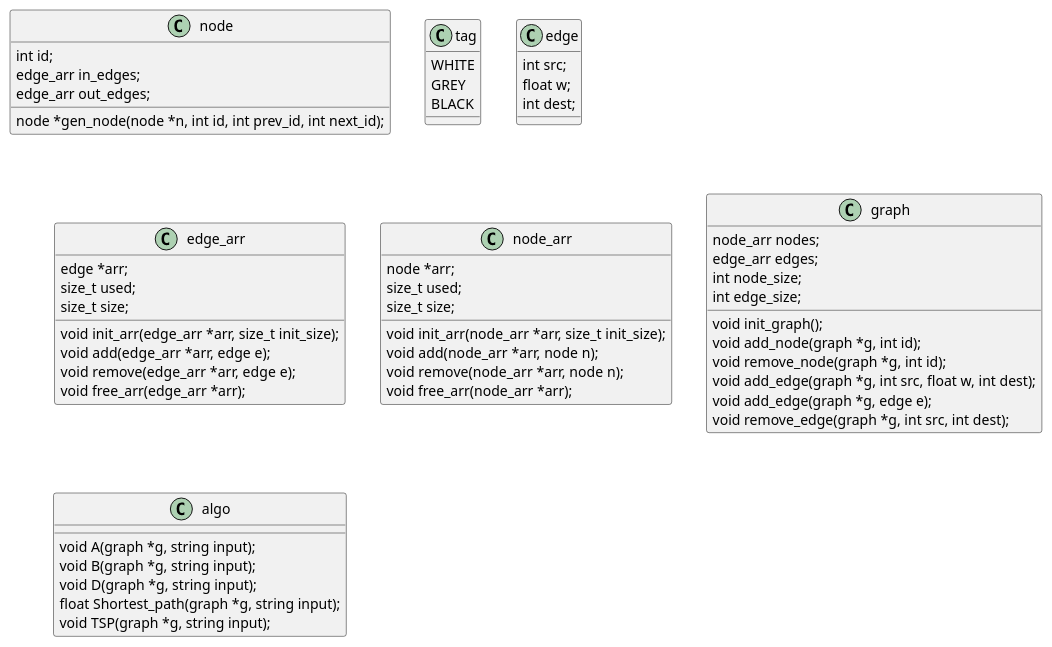
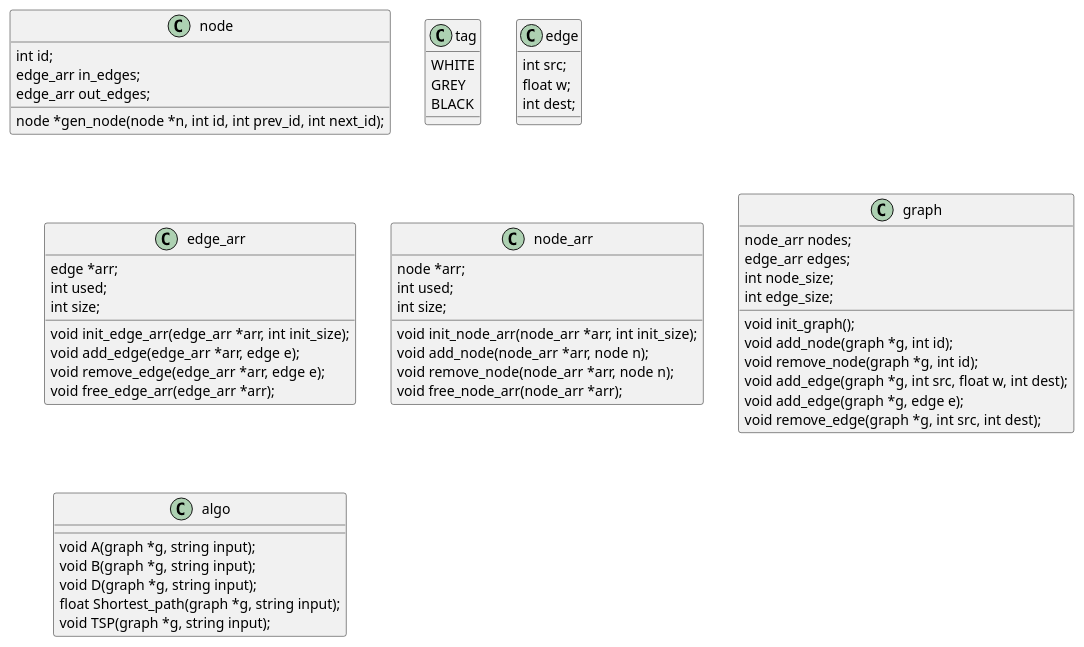
Before and after one commit to RF555/SofSys_Ex4: the diagram in Ex4_UML.puml, drawn with PlantUML. The commit also changed 4 other files, not shown here.

```diff
--- a/Ex4_UML.puml
+++ b/Ex4_UML.puml
@@ -1,63 +1,63 @@
 @startuml
 
 class node{
 int id;
 edge_arr in_edges;
 edge_arr out_edges;
 node *gen_node(node *n, int id, int prev_id, int next_id);
 }
 
 class tag{
 WHITE
 GREY
 BLACK
 }
 
 class edge{
 int src;
 float w;
 int dest;
 }
 
 class edge_arr{
 edge *arr;
-size_t used;
-size_t size;
-void init_arr(edge_arr *arr, size_t init_size);
-void add(edge_arr *arr, edge e);
-void remove(edge_arr *arr, edge e);
-void free_arr(edge_arr *arr);
+int used;
+int size;
+void init_edge_arr(edge_arr *arr, int init_size);
+void add_edge(edge_arr *arr, edge e);
+void remove_edge(edge_arr *arr, edge e);
+void free_edge_arr(edge_arr *arr);
 }
 
 class node_arr{
 node *arr;
-size_t used;
-size_t size;
-void init_arr(node_arr *arr, size_t init_size);
-void add(node_arr *arr, node n);
-void remove(node_arr *arr, node n);
-void free_arr(node_arr *arr);
+int used;
+int size;
+void init_node_arr(node_arr *arr, int init_size);
+void add_node(node_arr *arr, node n);
+void remove_node(node_arr *arr, node n);
+void free_node_arr(node_arr *arr);
 }
 
 class graph{
 node_arr nodes;
 edge_arr edges;
 int node_size;
 int edge_size;
 void init_graph();
 void add_node(graph *g, int id);
 void remove_node(graph *g, int id);
 void add_edge(graph *g, int src, float w, int dest);
 void add_edge(graph *g, edge e);
 void remove_edge(graph *g, int src, int dest);
 }
 
 class algo{
 void A(graph *g, string input);
 void B(graph *g, string input);
 void D(graph *g, string input);
 float Shortest_path(graph *g, string input);
 void TSP(graph *g, string input);
 }
 
 @enduml
```
